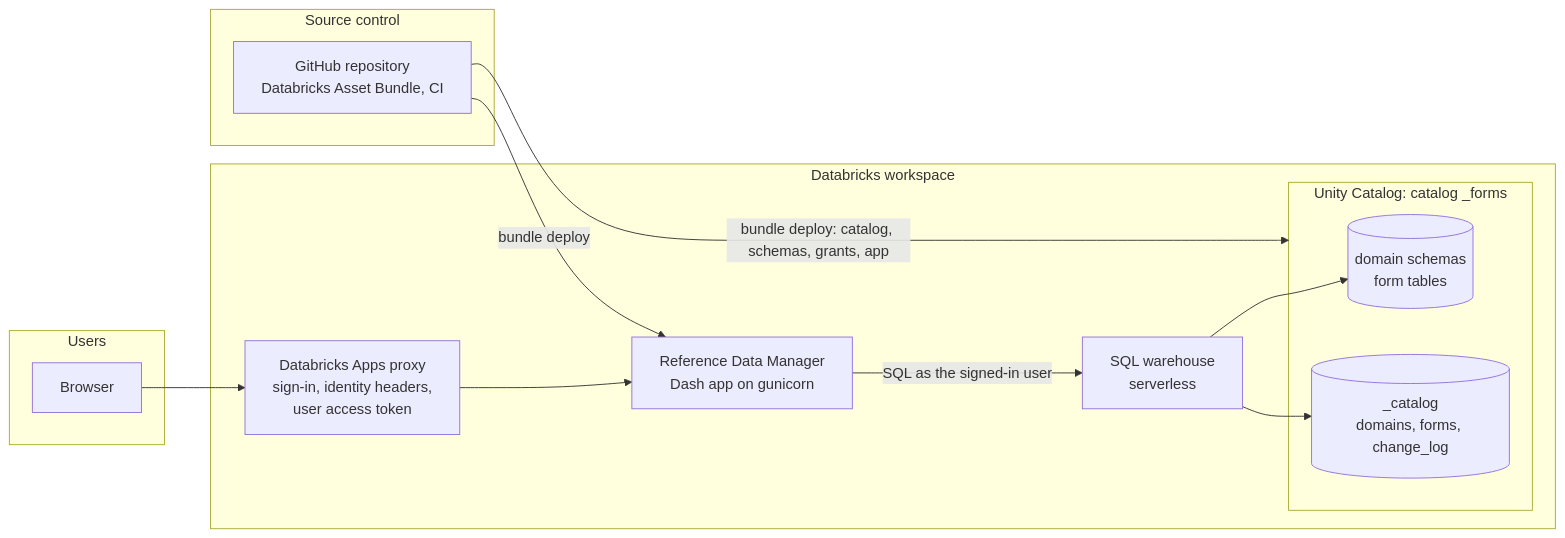
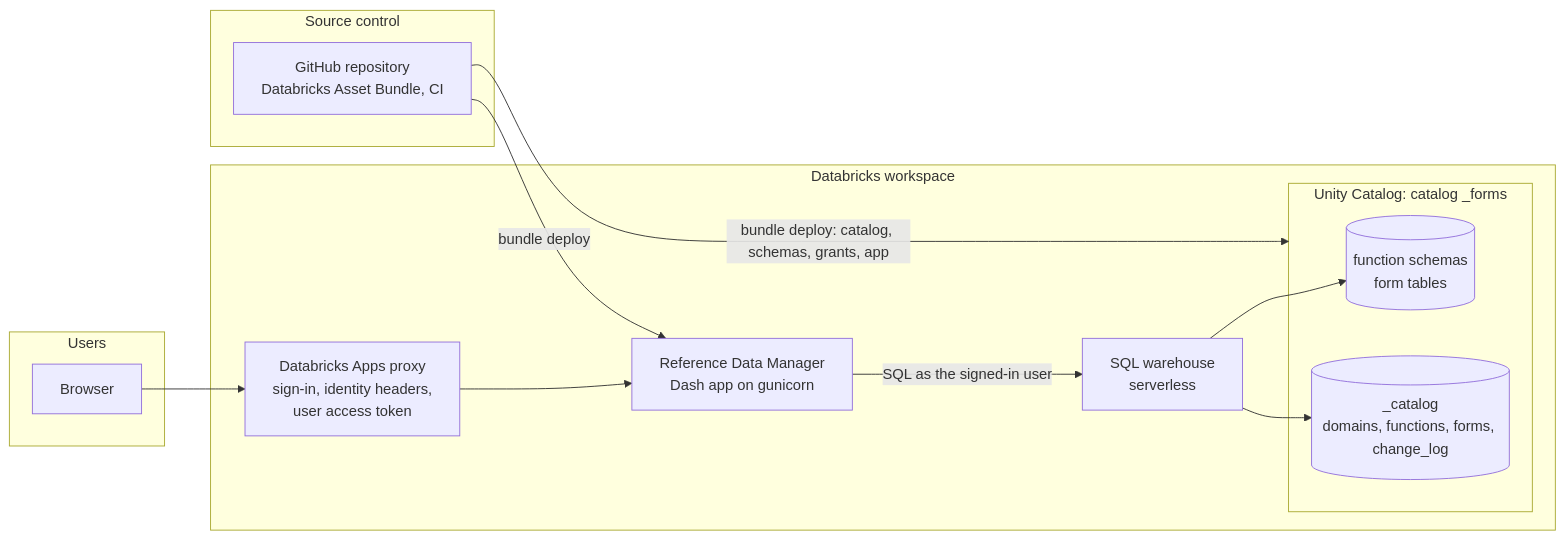
One commit to roanboc/dbx-reference-data-manager changed the fifth of 5 diagrams in docs/FUNCTIONAL_DESIGN.md. Above: the diagram before and after it, drawn with Mermaid. The commit also changed other lines of this file and 48 other files, not shown here.

````diff
--- a/docs/FUNCTIONAL_DESIGN.md
+++ b/docs/FUNCTIONAL_DESIGN.md
@@ -313,24 +373,24 @@
 ```mermaid
 flowchart LR
     subgraph Users
         B[Browser]
     end
     subgraph Databricks workspace
         P[Databricks Apps proxy\nsign-in, identity headers,\nuser access token]
         A[Reference Data Manager\nDash app on gunicorn]
         W[SQL warehouse\nserverless]
         subgraph UC[Unity Catalog: catalog _forms]
-            S1[(domain schemas\nform tables)]
-            S2[(_catalog\ndomains, forms, change_log)]
+            S1[(function schemas\nform tables)]
+            S2[(_catalog\ndomains, functions, forms, change_log)]
         end
     end
     subgraph Source control
         G[GitHub repository\nDatabricks Asset Bundle, CI]
     end
     B --> P --> A
     A -- "SQL as the signed-in user" --> W
     W --> S1
     W --> S2
     G -- "bundle deploy: catalog, schemas, grants, app" --> UC
     G -- "bundle deploy" --> A
 ```
````
